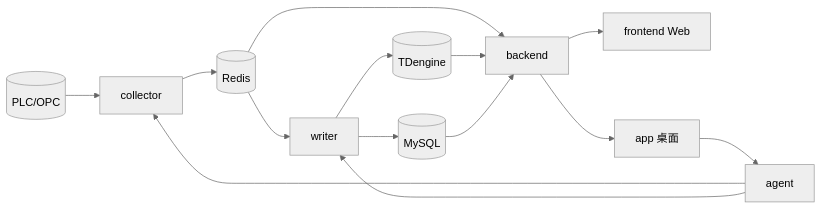
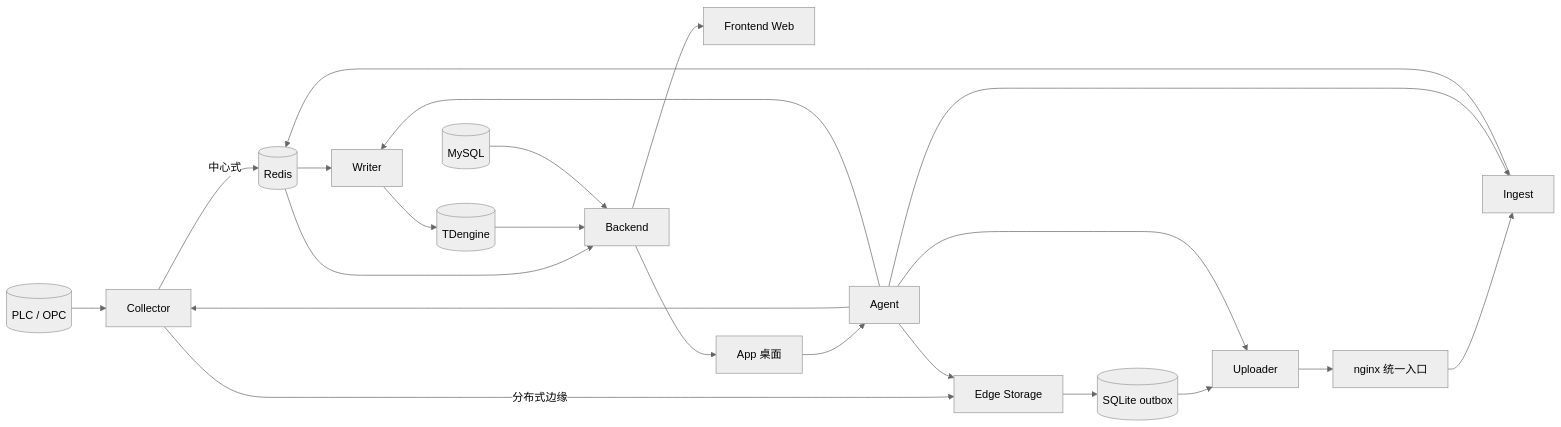
One commit to Hry1729/data_watch changed the diagram in docs/README.md. Above: the diagram before and after it, drawn with Mermaid (neutral theme). The commit also changed other lines of this file and 24 other files, not shown here.

````diff
--- a/docs/README.md
+++ b/docs/README.md
@@ -59,16 +66,24 @@
 ```mermaid
 flowchart LR
-    PLC[(PLC/OPC)] --> COL[collector]
-    COL --> RDS[(Redis)]
-    RDS --> WR[writer]
+    PLC[(PLC / OPC)] --> COL[Collector]
+    COL -->|中心式| RDS[(Redis)]
+    COL -->|分布式边缘| EST[Edge Storage]
+    EST --> EDB[(SQLite outbox)]
+    EDB --> UP[Uploader]
+    UP --> NG[nginx 统一入口]
+    NG --> ING[Ingest]
+    ING --> RDS
+    RDS --> WR[Writer]
     WR --> TD[(TDengine)]
-    WR --> MY[(MySQL)]
-    RDS --> BE[backend]
+    RDS --> BE[Backend]
     TD --> BE
-    MY --> BE
-    BE --> FE[frontend Web]
-    BE --> APP[app 桌面]
-    AG[agent] --> COL
+    MY[(MySQL)] --> BE
+    BE --> FE[Frontend Web]
+    BE --> APP[App 桌面]
+    AG[Agent] --> COL
+    AG --> EST
+    AG --> UP
+    AG --> ING
     AG --> WR
     APP --> AG
 ```
````
